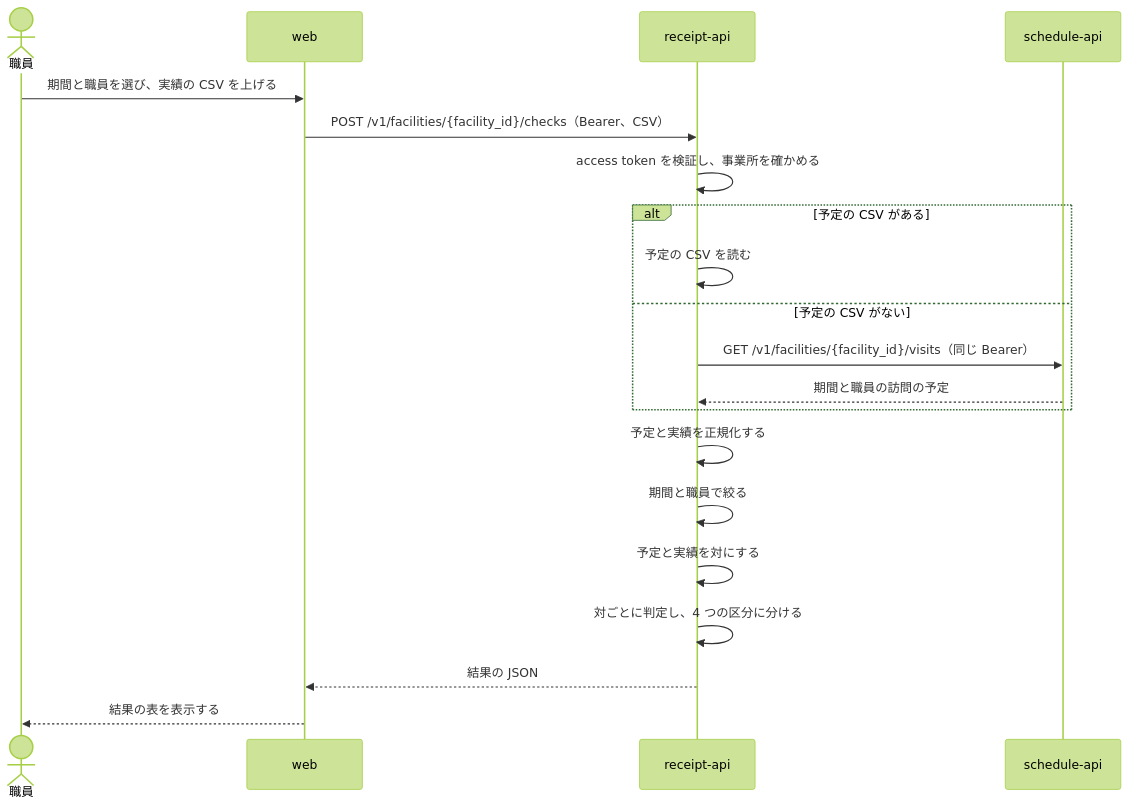
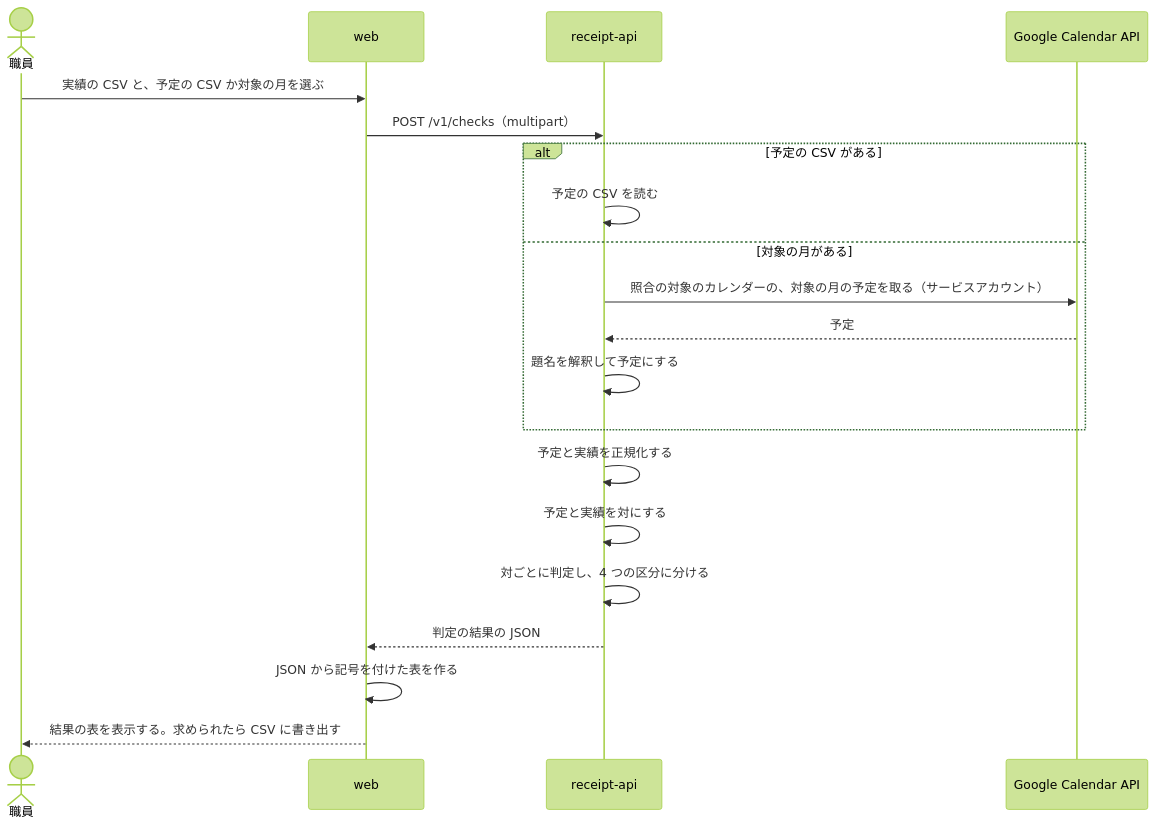
The diagram in docs/design/features/receipt-check/DesignDoc.md (Fukuemon/buddy), drawn with Mermaid (forest theme) before and after one commit. The commit also changed other lines of this file and 2 other files, not shown here.

````diff
--- a/docs/design/features/receipt-check/DesignDoc.md
+++ b/docs/design/features/receipt-check/DesignDoc.md
@@ -36,23 +38,23 @@
 ```mermaid
 sequenceDiagram
   actor S as 職員
   participant W as web
   participant R as receipt-api
-  participant A as schedule-api
+  participant G as Google Calendar API
 
-  S->>W: 期間と職員を選び、実績の CSV を上げる
-  W->>R: POST /v1/facilities/{facility_id}/checks（Bearer、CSV）
-  R->>R: access token を検証し、事業所を確かめる
+  S->>W: 実績の CSV と、予定の CSV か対象の月を選ぶ
+  W->>R: POST /v1/checks（multipart）
   alt 予定の CSV がある
     R->>R: 予定の CSV を読む
-  else 予定の CSV がない
-    R->>A: GET /v1/facilities/{facility_id}/visits（同じ Bearer）
-    A-->>R: 期間と職員の訪問の予定
+  else 対象の月がある
+    R->>G: 照合の対象のカレンダーの、対象の月の予定を取る（サービスアカウント）
+    G-->>R: 予定
+    R->>R: 題名を解釈して予定にする
   end
   R->>R: 予定と実績を正規化する
-  R->>R: 期間と職員で絞る
   R->>R: 予定と実績を対にする
   R->>R: 対ごとに判定し、4 つの区分に分ける
-  R-->>W: 結果の JSON
-  W-->>S: 結果の表を表示する
+  R-->>W: 判定の結果の JSON
+  W->>W: JSON から記号を付けた表を作る
+  W-->>S: 結果の表を表示する。求められたら CSV に書き出す
 ```
````
